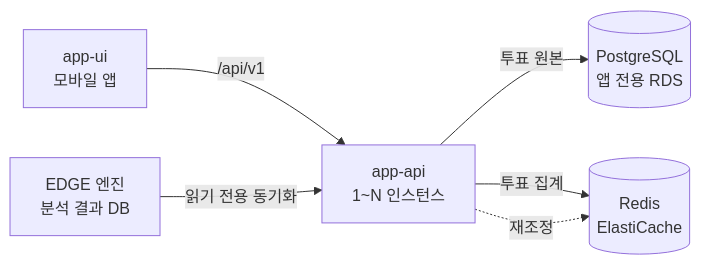
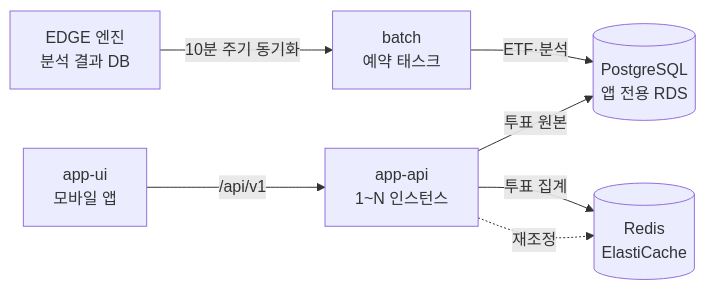
The diagram in apps/etforca/app-api/README.md (alphaeveryday/edge), drawn with Mermaid before and after one commit. The commit also changed other lines of this file and 9 other files, not shown here.

First line of the commit message:
refactor(app-api): batch 로 이전된 sync 코드 제거

````diff
--- a/apps/etforca/app-api/README.md
+++ b/apps/etforca/app-api/README.md
@@ -16,8 +16,9 @@
 ```mermaid
 flowchart LR
     app[app-ui<br/>모바일 앱] -->|/api/v1| api[app-api<br/>1~N 인스턴스]
     api -->|투표 원본| pg[(PostgreSQL<br/>앱 전용 RDS)]
     api -->|투표 집계| redis[(Redis<br/>ElastiCache)]
-    engine[EDGE 엔진<br/>분석 결과 DB] -->|읽기 전용 동기화| api
+    engine[EDGE 엔진<br/>분석 결과 DB] -->|10분 주기 동기화| batch[batch<br/>예약 태스크]
+    batch -->|ETF·분석| pg
     api -.->|재조정| redis
 ```
````
